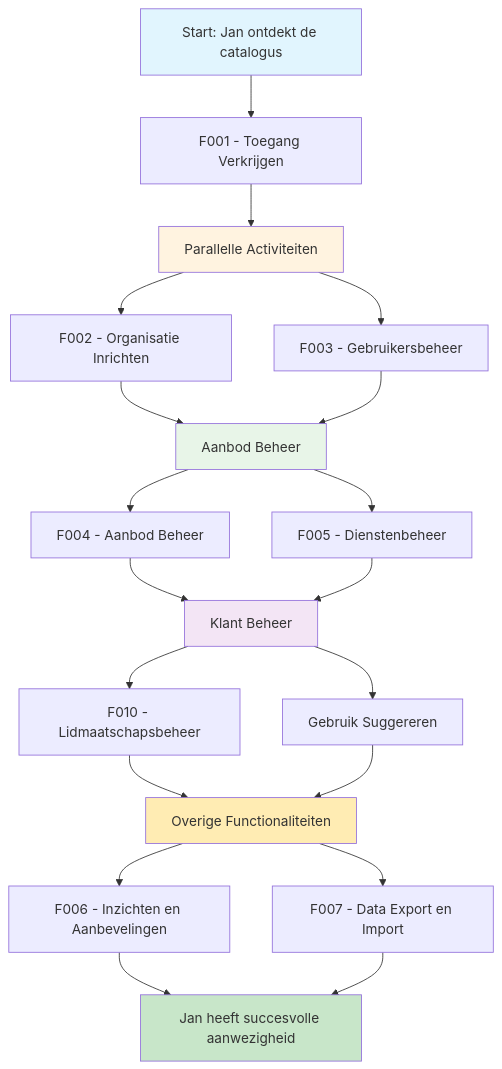
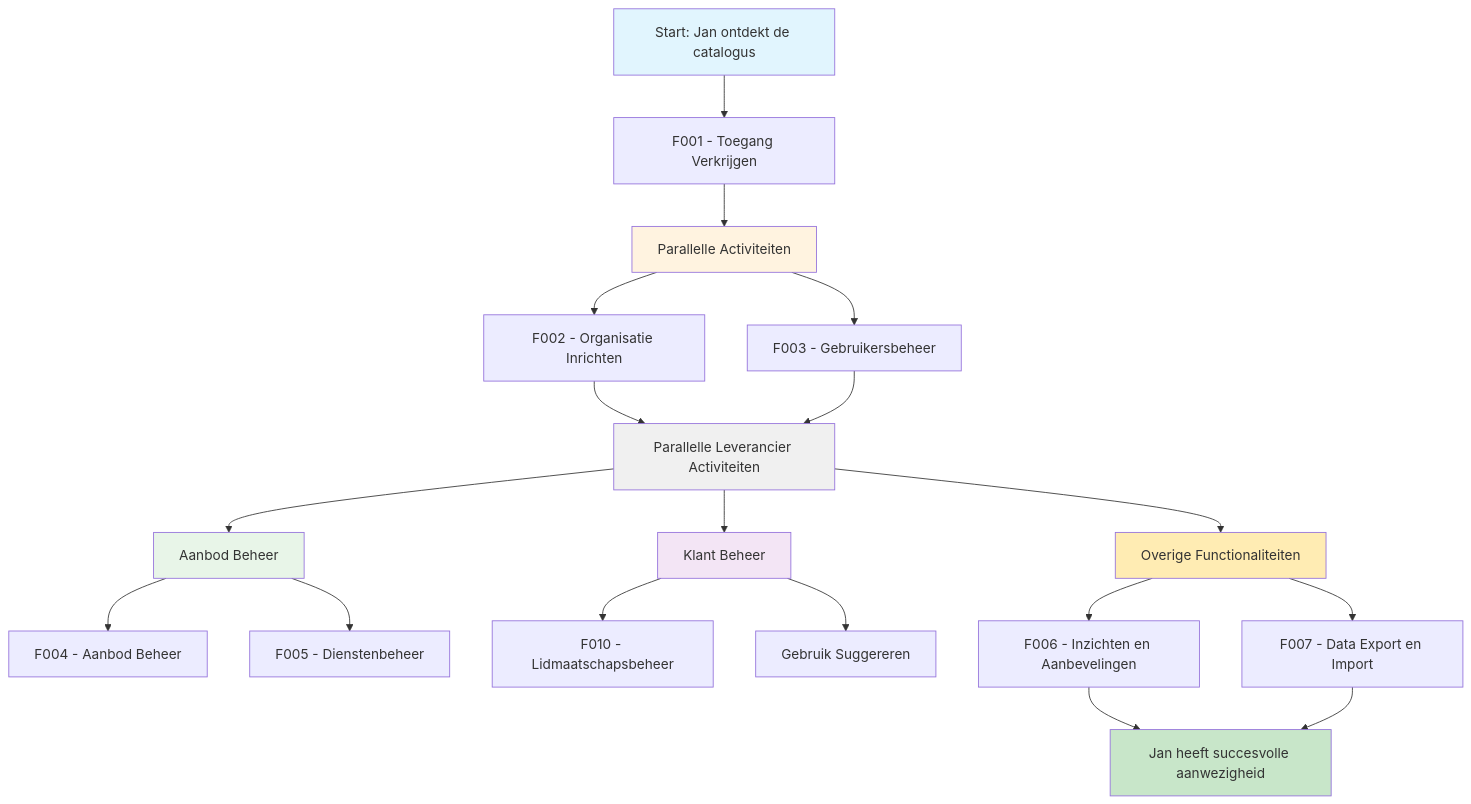
One commit to VNG-Realisatie/Softwarecatalogus changed the diagram in website/docs/Klantreizen/klantreis_leverancier.md. Above: the diagram before and after it, drawn with Mermaid. The commit also changed other lines of this file and 4 other files, not shown here.

````diff
--- a/website/docs/Klantreizen/klantreis_leverancier.md
+++ b/website/docs/Klantreizen/klantreis_leverancier.md
@@ -43,40 +43,40 @@
 ```mermaid
 flowchart TD
     A[Start: Jan ontdekt de catalogus] --> F001[F001 - Toegang Verkrijgen]
     F001 --> PARALLEL[Parallelle Activiteiten]
     
     %% Basis inrichting
     PARALLEL --> F002[F002 - Organisatie Inrichten]
     PARALLEL --> F003[F003 - Gebruikersbeheer]
     
-    %% Aanbod beheer
-    F002 --> AANBOD[Aanbod Beheer]
-    F003 --> AANBOD
+    %% Parallelle activiteiten na basis inrichting
+    F002 --> PARALLEL2[Parallelle Leverancier Activiteiten]
+    F003 --> PARALLEL2
     
+    %% Aanbod beheer (parallel)
+    PARALLEL2 --> AANBOD[Aanbod Beheer]
     AANBOD --> F004[F004 - Aanbod Beheer]
     AANBOD --> F005[F005 - Dienstenbeheer]
     
-    %% Klant beheer
-    F004 --> KLANT[Klant Beheer]
-    F005 --> KLANT
+    %% Klant beheer (parallel)
+    PARALLEL2 --> KLANT[Klant Beheer]
     KLANT --> F010[F010 - Lidmaatschapsbeheer]
     KLANT --> GEBRUIK[Gebruik Suggereren]
     
-    %% Overige functionaliteiten
-    F010 --> OVERIG[Overige Functionaliteiten]
-    GEBRUIK --> OVERIG
-    
+    %% Overige functionaliteiten (parallel)
+    PARALLEL2 --> OVERIG[Overige Functionaliteiten]
     OVERIG --> F006[F006 - Inzichten en Aanbevelingen]
     OVERIG --> F007[F007 - Data Export en Import]
     
     F006 --> END[Jan heeft succesvolle aanwezigheid]
     F007 --> END
     
     %% Styling
     style A fill:#e1f5fe
     style END fill:#c8e6c9
     style PARALLEL fill:#fff3e0
+    style PARALLEL2 fill:#f0f0f0
     style AANBOD fill:#e8f5e8
     style KLANT fill:#f3e5f5
     style OVERIG fill:#ffecb3
 ```
````
